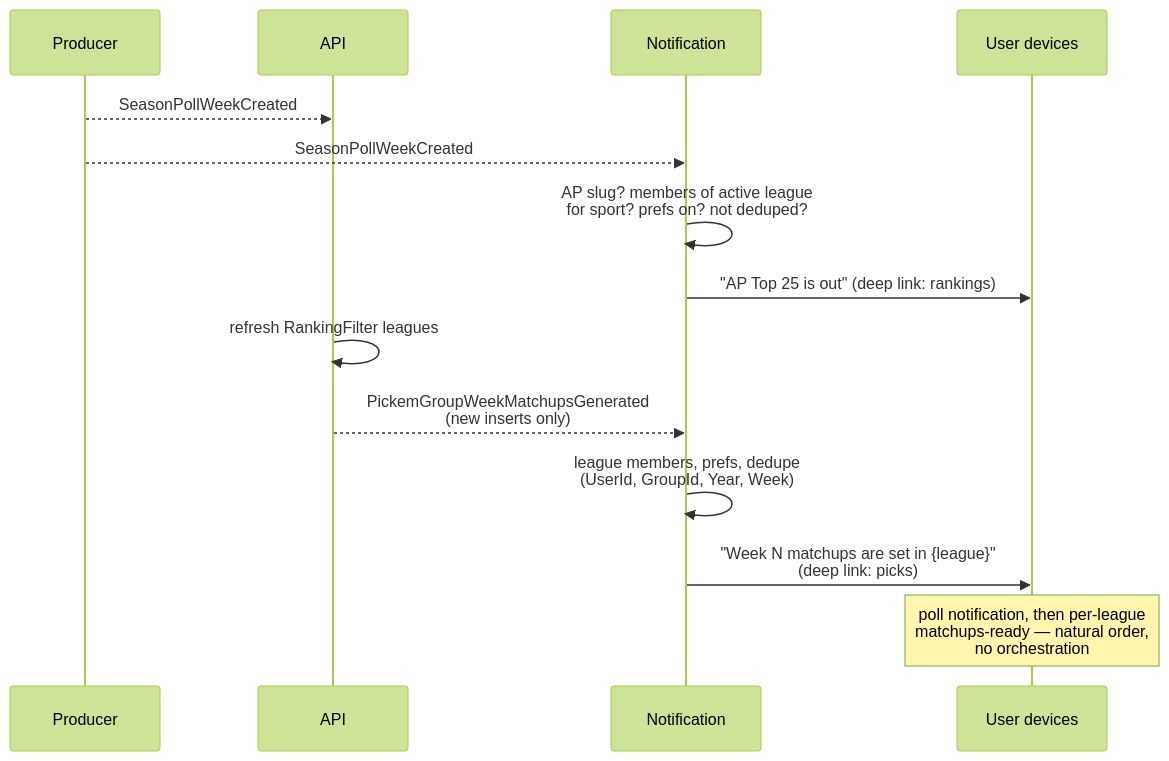
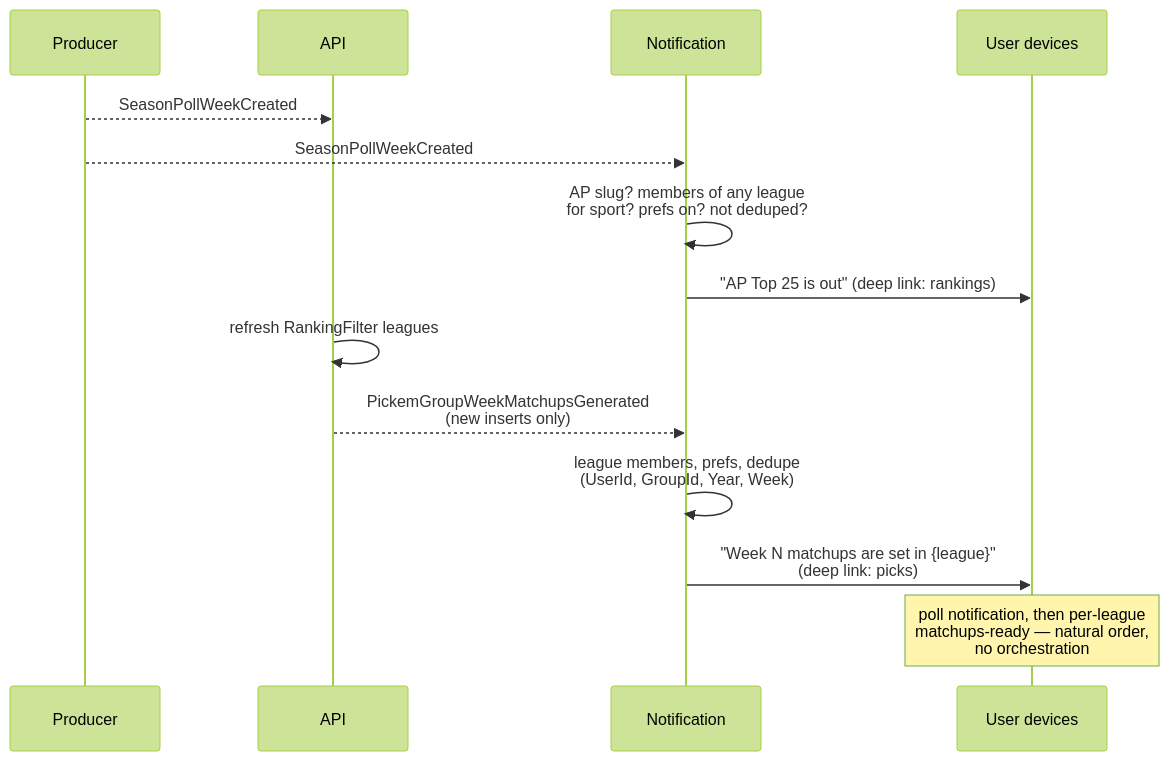
The second of 3 diagrams in docs/features/poll-release-notifications.md (jrandallsexton/sports-data-core), drawn with Mermaid (forest theme) before and after one commit. The commit also changed other lines of this file and 3 other files, not shown here.

````diff
--- a/docs/features/poll-release-notifications.md
+++ b/docs/features/poll-release-notifications.md
@@ -136,17 +144,17 @@
 ```mermaid
 sequenceDiagram
     participant Prod as Producer
     participant API as API
     participant Notif as Notification
     participant User as User devices
 
     Prod-->>API: SeasonPollWeekCreated
     Prod-->>Notif: SeasonPollWeekCreated
-    Notif->>Notif: AP slug? members of active league<br/>for sport? prefs on? not deduped?
+    Notif->>Notif: AP slug? members of any league<br/>for sport? prefs on? not deduped?
     Notif->>User: "AP Top 25 is out" (deep link: rankings)
     API->>API: refresh RankingFilter leagues
     API-->>Notif: PickemGroupWeekMatchupsGenerated<br/>(new inserts only)
     Notif->>Notif: league members, prefs, dedupe<br/>(UserId, GroupId, Year, Week)
     Notif->>User: "Week N matchups are set in {league}"<br/>(deep link: picks)
     Note over User: poll notification, then per-league<br/>matchups-ready — natural order,<br/>no orchestration
 ```
````
